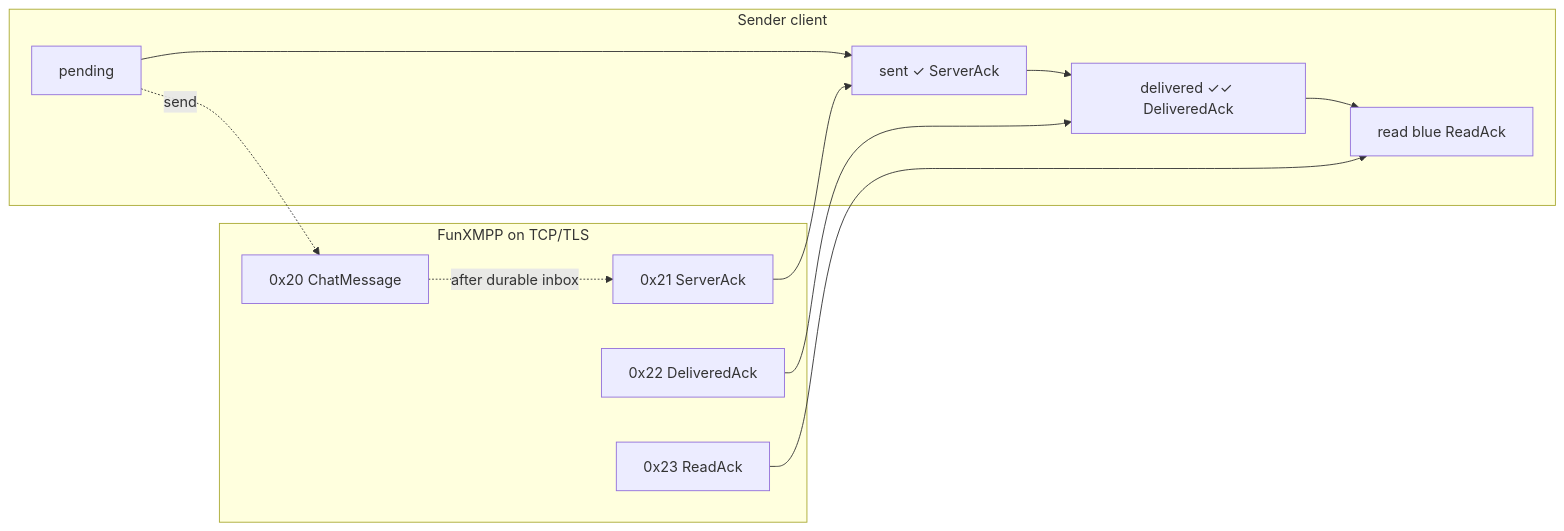
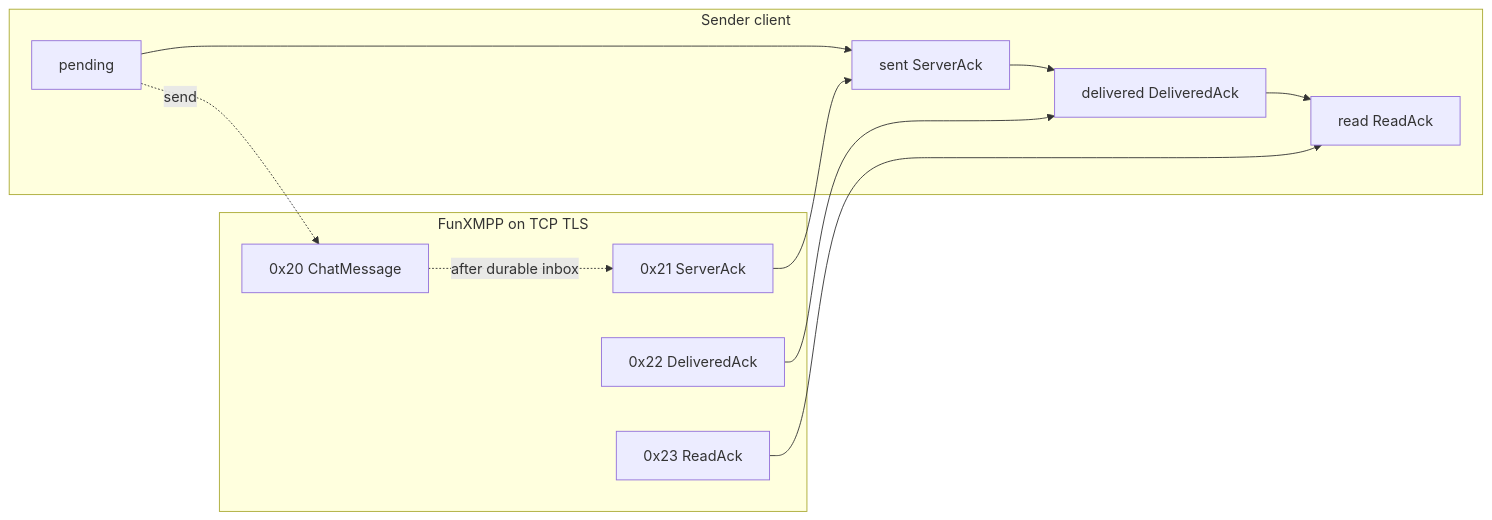
One commit to akashsoni01/lane_switchboards changed the sixth of 6 diagrams in docs/ECOSYSTEM_GUIDE.md. Above: the diagram before and after it, drawn with Mermaid. The commit also changed other lines of this file, not shown here.

````diff
--- a/docs/ECOSYSTEM_GUIDE.md
+++ b/docs/ECOSYSTEM_GUIDE.md
@@ -447,21 +453,21 @@
 ```mermaid
 flowchart LR
   subgraph ClientSend["Sender client"]
-    P["pending"] --> S["sent ✓ ServerAck"]
-    S --> D["delivered ✓✓ DeliveredAck"]
-    D --> R["read blue ReadAck"]
+    P["pending"] --> S["sent ServerAck"]
+    S --> D["delivered DeliveredAck"]
+    D --> R["read ReadAck"]
   end
 
-  subgraph Wire["FunXMPP on TCP/TLS"]
+  subgraph Wire["FunXMPP on TCP TLS"]
     CM["0x20 ChatMessage"]
     SA["0x21 ServerAck"]
     DA["0x22 DeliveredAck"]
     RA["0x23 ReadAck"]
   end
 
   P -.->|send| CM
   CM -.->|after durable inbox| SA
   SA --> S
   DA --> D
   RA --> R
 ```
````
